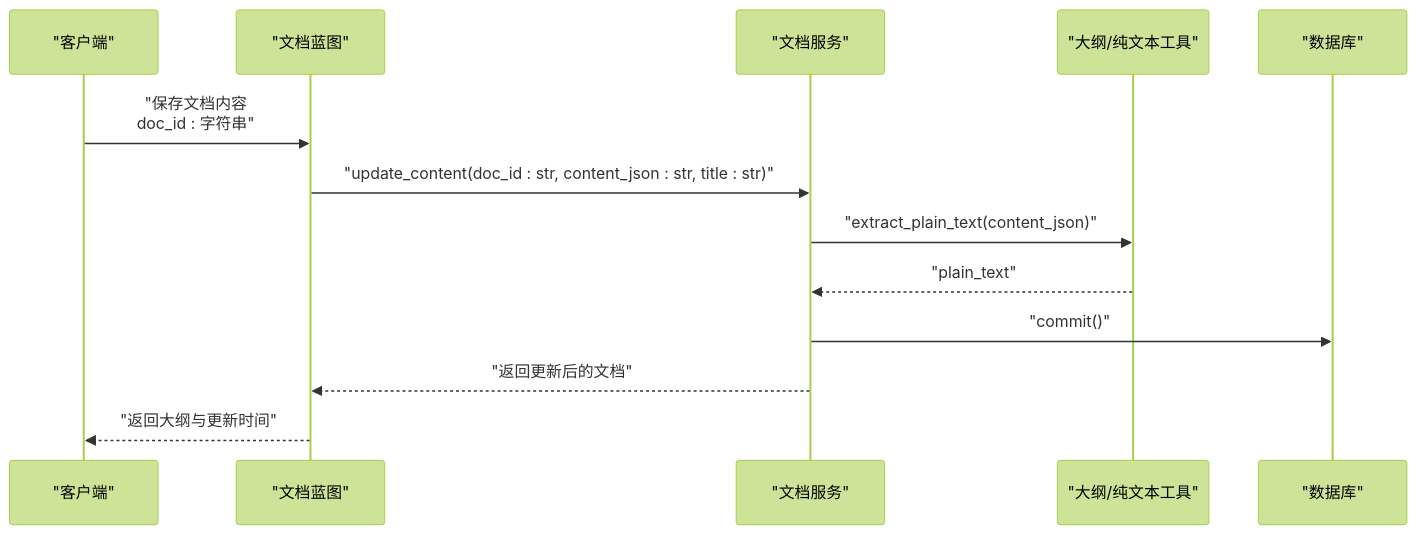
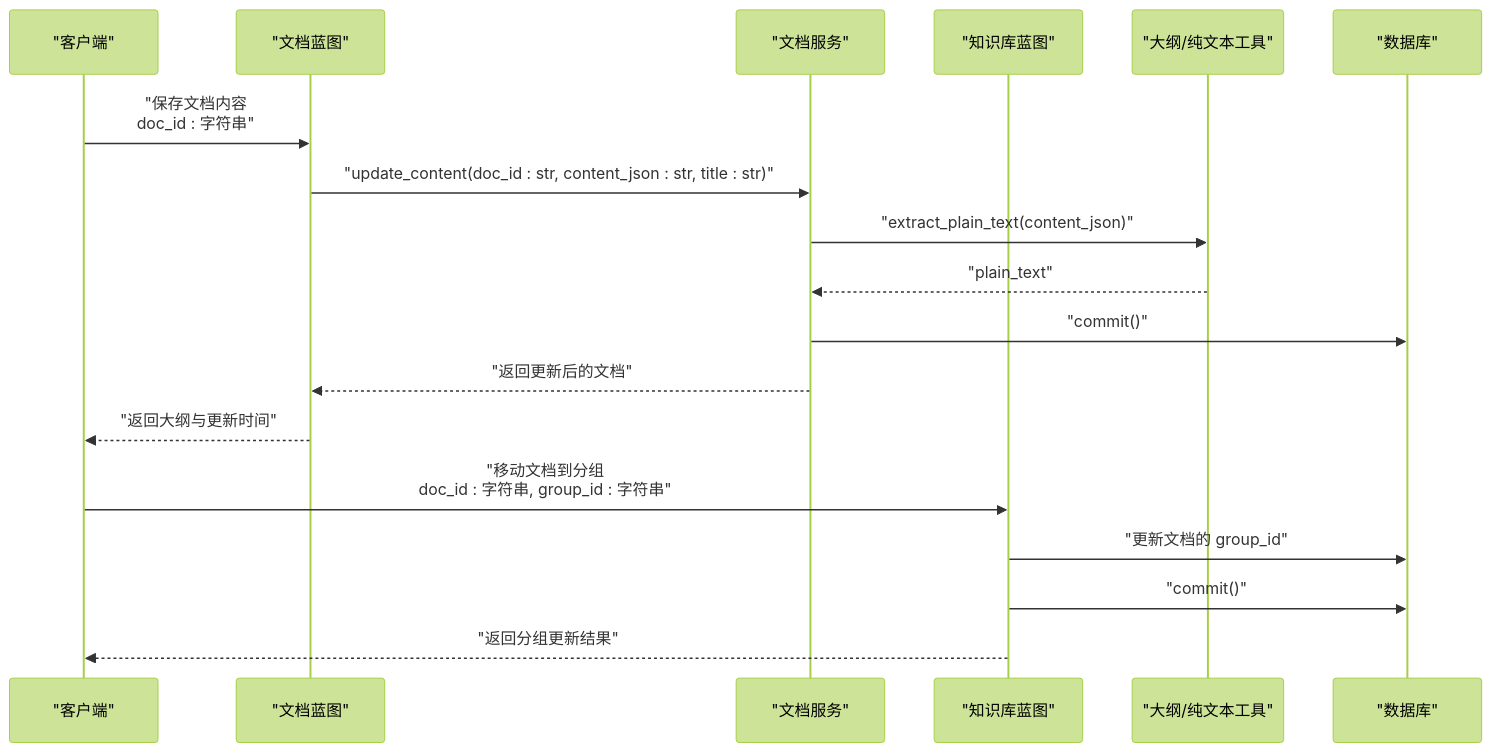
One commit to beyondalbert/my_wiki changed the second of 11 diagrams in .qoder/repowiki/zh/content/核心模块/文档管理系统/文档服务层.md. Above: the diagram before and after it, drawn with Mermaid (forest theme). The commit also changed other lines of this file and 5 other files, not shown here.

````diff
--- a/.qoder/repowiki/zh/content/核心模块/文档管理系统/文档服务层.md
+++ b/.qoder/repowiki/zh/content/核心模块/文档管理系统/文档服务层.md
@@ -118,15 +124,20 @@
 ```mermaid
 sequenceDiagram
 participant C as "客户端"
 participant D as "文档蓝图"
 participant S as "文档服务"
+participant G as "知识库蓝图"
 participant O as "大纲/纯文本工具"
 participant M as "数据库"
 C->>D : "保存文档内容<br/>doc_id : 字符串"
 D->>S : "update_content(doc_id : str, content_json : str, title : str)"
 S->>O : "extract_plain_text(content_json)"
 O-->>S : "plain_text"
 S->>M : "commit()"
 S-->>D : "返回更新后的文档"
 D-->>C : "返回大纲与更新时间"
+C->>G : "移动文档到分组<br/>doc_id : 字符串, group_id : 字符串"
+G->>M : "更新文档的 group_id"
+G->>M : "commit()"
+G-->>C : "返回分组更新结果"
 ```
````
